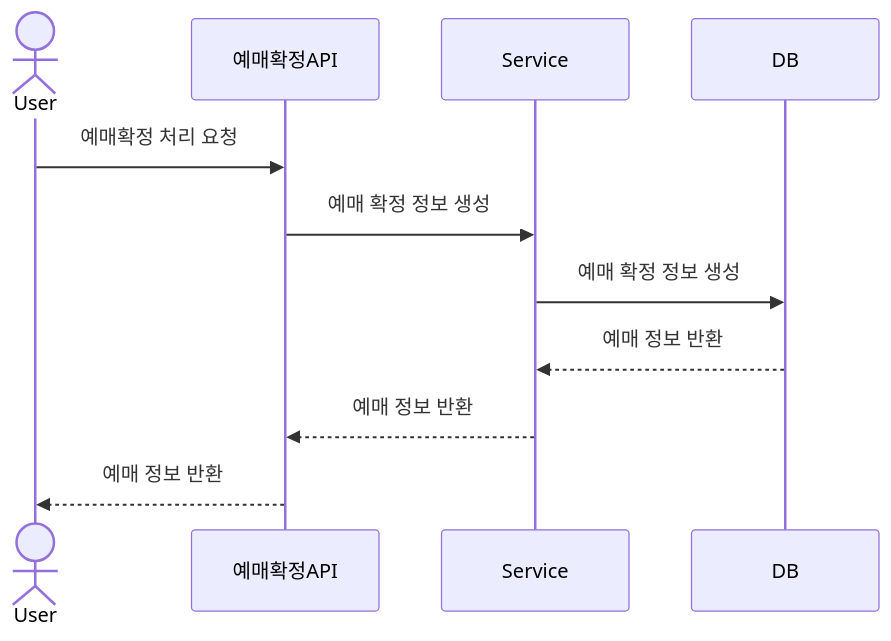
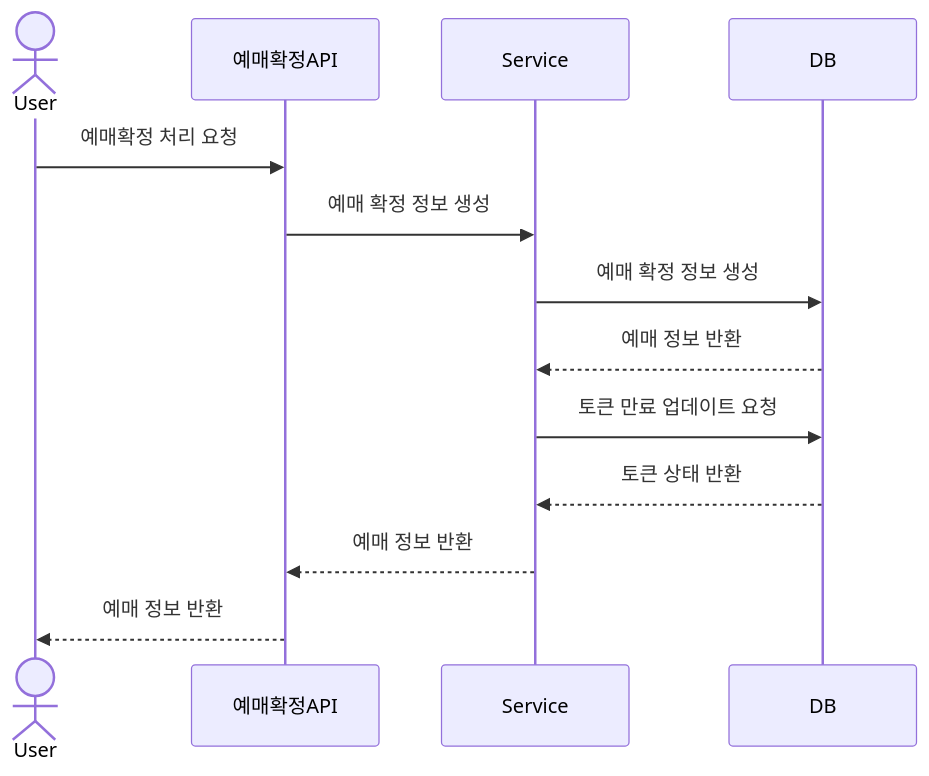
The seventh of 7 diagrams in README.md (maiorem/ticket-reservation), drawn with Mermaid before and after one commit. The commit also changed other lines of this file, not shown here.

Commit message:
set: 시퀀스 다이어그램 작성

````diff
--- a/README.md
+++ b/README.md
@@ -207,15 +207,17 @@
 ```mermaid
 sequenceDiagram
     actor User
     participant 예매확정API
     participant Service
     participant DB
 
     User->>예매확정API: 예매확정 처리 요청
     예매확정API->>Service: 예매 확정 정보 생성
     Service->>DB: 예매 확정 정보 생성
     DB-->>Service: 예매 정보 반환
+    Service->>DB: 토큰 만료 업데이트 요청
+    DB-->>Service: 토큰 상태 반환
     Service-->>예매확정API: 예매 정보 반환
     예매확정API-->>User: 예매 정보 반환
 
 ```
````
